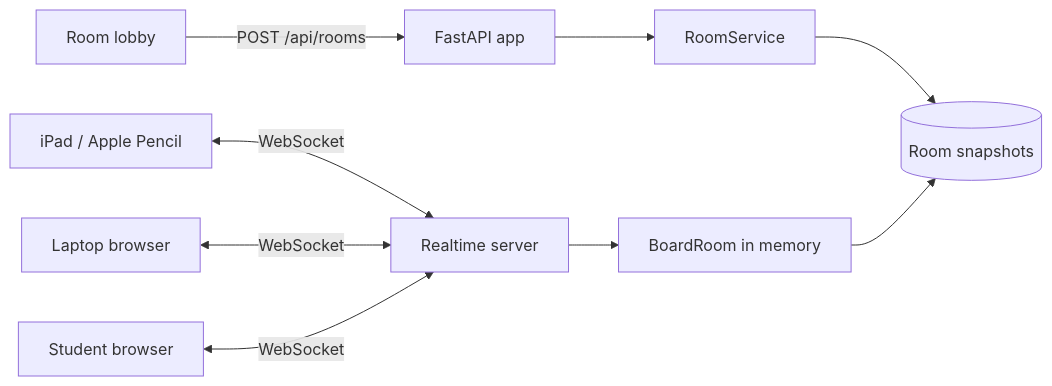
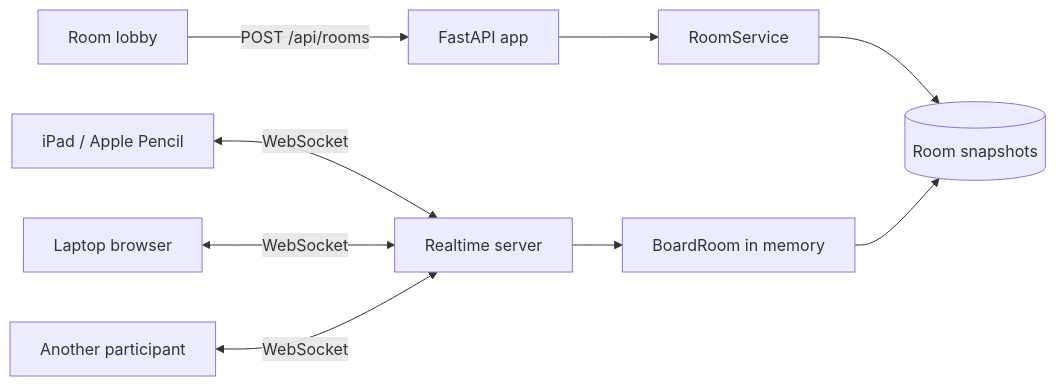
The diagram in docs/architecture.md (AlexArutiunian/local-board), drawn with Mermaid before and after one commit. The commit also changed other lines of this file, not shown here.

````diff
--- a/docs/architecture.md
+++ b/docs/architecture.md
@@ -27,12 +28,12 @@
 ```mermaid
 flowchart LR
     H[Room lobby] -->|POST /api/rooms| A[FastAPI app]
     A --> RS[RoomService]
     RS --> J[(Room snapshots)]
 
     I[iPad / Apple Pencil] <-->|WebSocket| S[Realtime server]
     L[Laptop browser] <-->|WebSocket| S
-    O[Student browser] <-->|WebSocket| S
+    O[Another participant] <-->|WebSocket| S
     S --> M[BoardRoom in memory]
     M --> J
 ```
````
